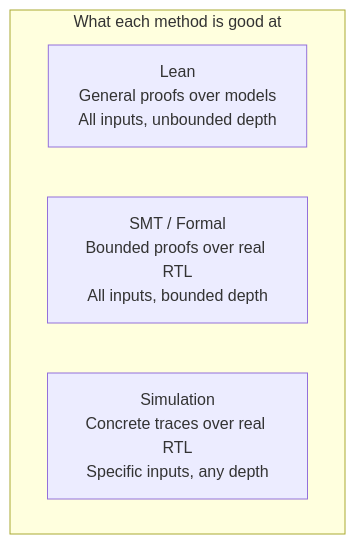
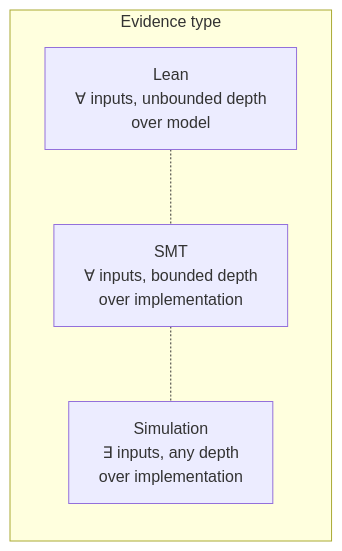
Before and after one commit to dfdgsdfg/ann-rtl-lean-poc: the first of 5 diagrams in docs/solver-backed-verification.md, drawn with Mermaid. The commit also changed other lines of this file, not shown here.

First line of the commit message:
Rewrite solver-backed-verification doc for semantic depth

````diff
--- a/docs/solver-backed-verification.md
+++ b/docs/solver-backed-verification.md
@@ -15,8 +17,11 @@
 ```mermaid
-graph TB
-    subgraph "What each method is good at"
-        LEAN["Lean<br/>General proofs over models<br/>All inputs, unbounded depth"]
-        SMT["SMT / Formal<br/>Bounded proofs over real RTL<br/>All inputs, bounded depth"]
-        SIM["Simulation<br/>Concrete traces over real RTL<br/>Specific inputs, any depth"]
+graph LR
+    subgraph "Evidence type"
+        direction TB
+        LEAN["Lean<br/>∀ inputs, unbounded depth<br/>over model"]
+        SMT["SMT<br/>∀ inputs, bounded depth<br/>over implementation"]
+        SIM["Simulation<br/>∃ inputs, any depth<br/>over implementation"]
     end
+    LEAN -.- SMT
+    SMT -.- SIM
 ```
````
